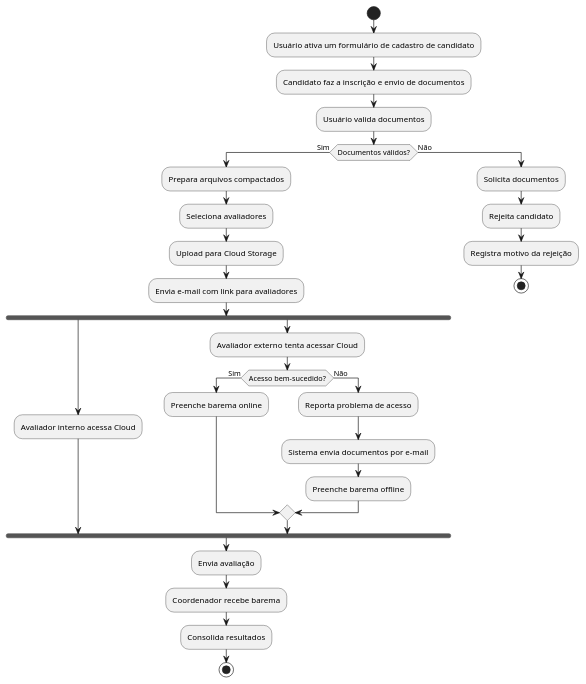
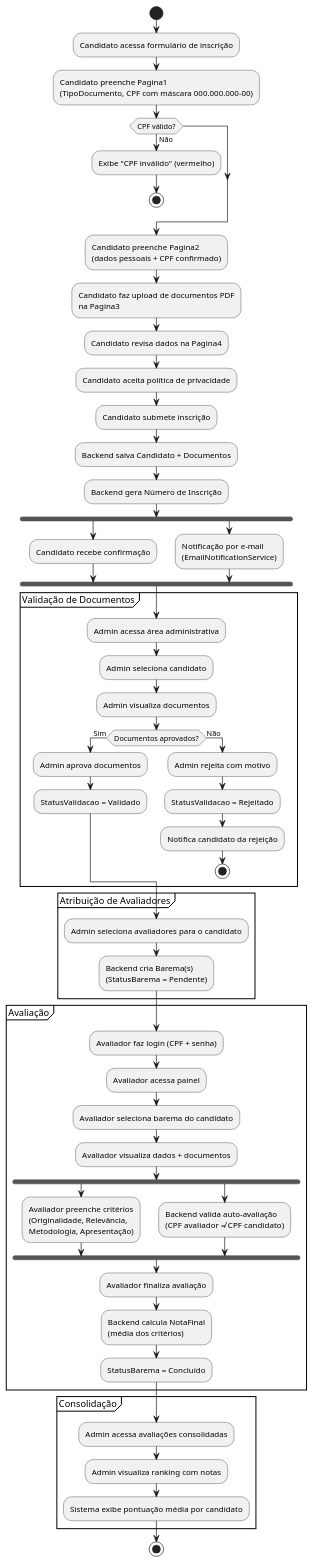
One commit to wiltonsgonc/ProcessoSelecao changed the diagram in diagramas/activity-diagram.puml. Above: the diagram before and after it, drawn with PlantUML. The commit also changed 6 other files, not shown here.

Commit message:
docs: atualizar diagramas PlantUML do projeto

```diff
--- a/diagramas/activity-diagram.puml
+++ b/diagramas/activity-diagram.puml
@@ -1,36 +1,72 @@
 @startuml ProcessoSelecao
 start
-:Usuário ativa um formulário de cadastro de candidato;
-:Candidato faz a inscrição e envio de documentos;
-:Usuário valida documentos;
-if (Documentos válidos?) then (Sim)
-  :Prepara arquivos compactados;
-  :Seleciona avaliadores;
-  :Upload para Cloud Storage;
-  :Envia e-mail com link para avaliadores;
-  
-  fork
-    :Avaliador interno acessa Cloud;
-  fork again
-    :Avaliador externo tenta acessar Cloud;
-    if (Acesso bem-sucedido?) then (Sim)
-      :Preenche barema online;
-    else (Não)
-      :Reporta problema de acesso;
-      :Sistema envia documentos por e-mail;
-      :Preenche barema offline;
-    endif
-  end fork
-  
-  :Envia avaliação;
-  :Coordenador recebe barema;
-  :Consolida resultados;
-  stop
-else (Não)
-  :Solicita documentos;
-  :Rejeita candidato;
-  :Registra motivo da rejeição;
+
+:Candidato acessa formulário de inscrição;
+:Candidato preenche Pagina1\n(TipoDocumento, CPF com máscara 000.000.000-00);
+
+if (CPF válido?) then (Não)
+  :Exibe "CPF inválido" (vermelho);
   stop
 endif
 
+:Candidato preenche Pagina2\n(dados pessoais + CPF confirmado);
+:Candidato faz upload de documentos PDF\nna Pagina3;
+:Candidato revisa dados na Pagina4;
+:Candidato aceita política de privacidade;
+:Candidato submete inscrição;
+:Backend salva Candidato + Documentos;
+:Backend gera Número de Inscrição;
+
+fork
+  :Candidato recebe confirmação;
+fork again
+  :Notificação por e-mail\n(EmailNotificationService);
+end fork
+
+partition "Validação de Documentos" {
+  :Admin acessa área administrativa;
+  :Admin seleciona candidato;
+  :Admin visualiza documentos;
+
+  if (Documentos aprovados?) then (Sim)
+    :Admin aprova documentos;
+    :StatusValidacao = Validado;
+  else (Não)
+    :Admin rejeita com motivo;
+    :StatusValidacao = Rejeitado;
+    :Notifica candidato da rejeição;
+    stop
+  endif
+}
+
+partition "Atribuição de Avaliadores" {
+  :Admin seleciona avaliadores para o candidato;
+  :Backend cria Barema(s)\n(StatusBarema = Pendente);
+}
+
+partition "Avaliação" {
+  :Avaliador faz login (CPF + senha);
+  :Avaliador acessa painel;
+  :Avaliador seleciona barema do candidato;
+  :Avaliador visualiza dados + documentos;
+
+  fork
+    :Avaliador preenche critérios\n(Originalidade, Relevância,\nMetodologia, Apresentação);
+  fork again
+    :Backend valida auto-avaliação\n(CPF avaliador ≠ CPF candidato);
+  end fork
+
+  :Avaliador finaliza avaliação;
+  :Backend calcula NotaFinal\n(média dos critérios);
+  :StatusBarema = Concluído;
+}
+
+partition "Consolidação" {
+  :Admin acessa avaliações consolidadas;
+  :Admin visualiza ranking com notas;
+  :Sistema exibe pontuação média por candidato;
+}
+
+stop
+
 @enduml
```
